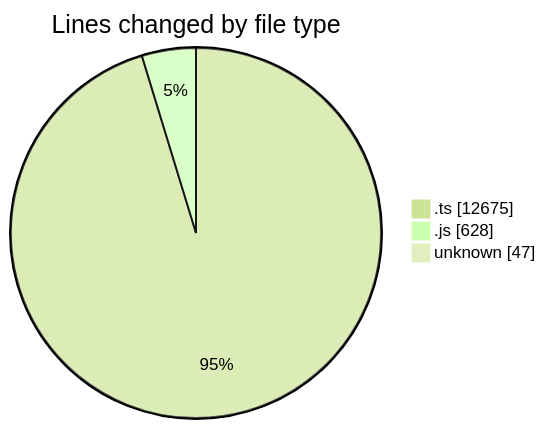
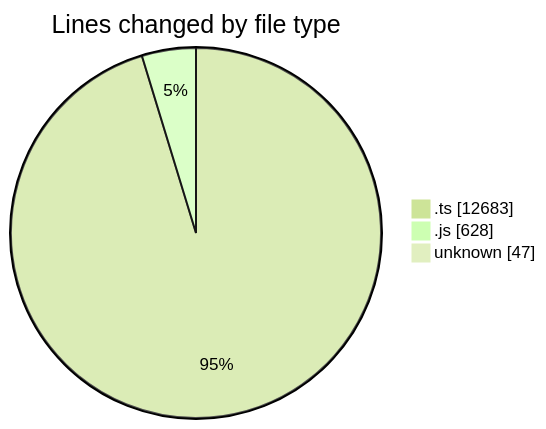
Before and after one commit to momahboobian/code-tracking: the first of 2 diagrams in 2025-09-05/cda/README.md, drawn with Mermaid (forest theme). The commit also changed other lines of this file and 1 other file, not shown here.

````diff
--- a/2025-09-05/cda/README.md
+++ b/2025-09-05/cda/README.md
@@ -25,7 +25,7 @@
 ```mermaid
 pie showData
 title Lines changed by file type
-".ts" : 12675
+".ts" : 12683
 ".js" : 628
 "unknown" : 47
 ```
````
